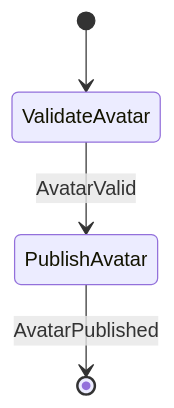
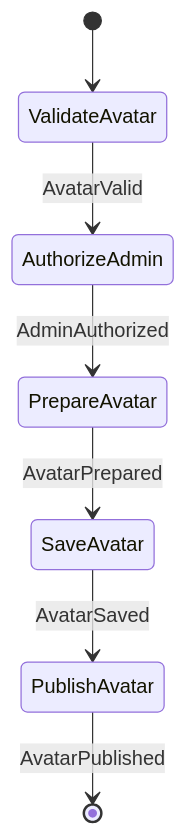
Before and after one commit to cbgm/Sparrow: the sixth of 19 diagrams in docs/architecture/workflows/groupstate.md, drawn with Mermaid. The commit also changed other lines of this file and 193 other files, not shown here.

````diff
--- a/docs/architecture/workflows/groupstate.md
+++ b/docs/architecture/workflows/groupstate.md
@@ -143,6 +151,9 @@
 ```mermaid
 stateDiagram-v2
     [*] --> ValidateAvatar
-    ValidateAvatar --> PublishAvatar : AvatarValid
+    ValidateAvatar --> AuthorizeAdmin : AvatarValid
+    AuthorizeAdmin --> PrepareAvatar : AdminAuthorized
+    PrepareAvatar --> SaveAvatar : AvatarPrepared
+    SaveAvatar --> PublishAvatar : AvatarSaved
     PublishAvatar --> [*] : AvatarPublished
 ```
````
